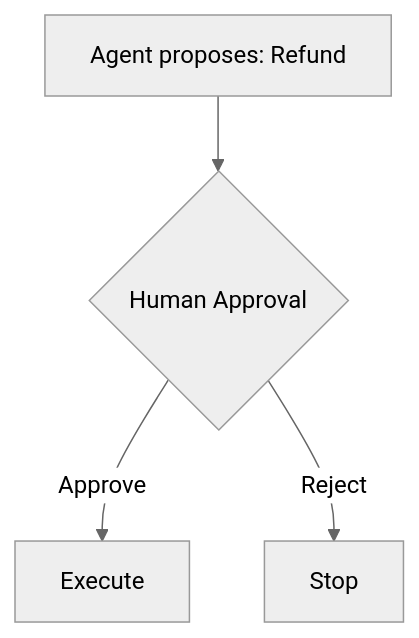
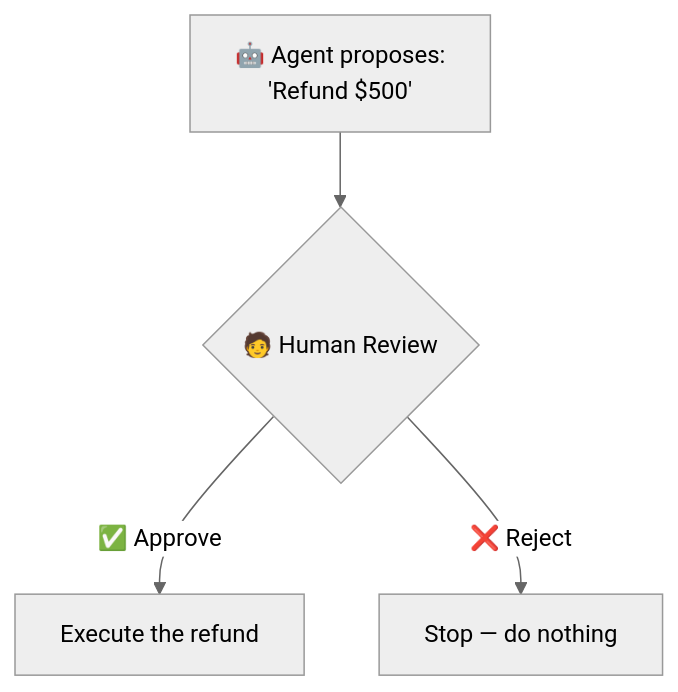
One commit to maliksiddiq/learning-agentic-ai changed diagram 17 of 31 in Agentic Ai Learning/08 Open-ai-agent-sdk/00 Introduction/Readme.md. Above: the diagram before and after it, drawn with Mermaid (neutral theme). The commit also changed other lines of this file, not shown here.

Commit message:
Introduction OF open-ai-agent-sdk

````diff
--- a/Agentic Ai Learning/08 Open-ai-agent-sdk/00 Introduction/Readme.md
+++ b/Agentic Ai Learning/08 Open-ai-agent-sdk/00 Introduction/Readme.md
@@ -310,6 +395,6 @@
 ```mermaid
 flowchart TD
-    A[Agent proposes: Refund] --> H{Human Approval}
-    H -->|Approve| E[Execute]
-    H -->|Reject| S[Stop]
+    A["🤖 Agent proposes:<br/>'Refund $500'"] --> H{"🧑 Human Review"}
+    H -->|✅ Approve| E["Execute the refund"]
+    H -->|❌ Reject| S["Stop — do nothing"]
 ```
````
